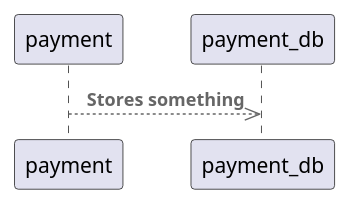
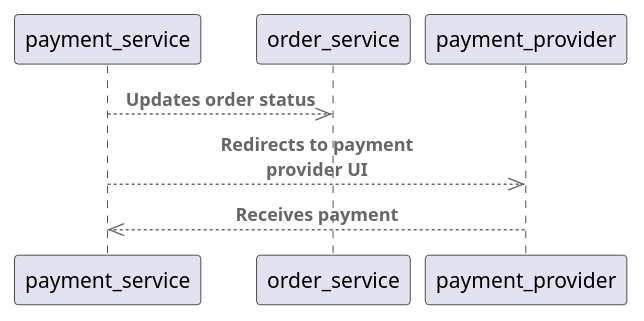
One commit to acme-corp-tech/payment changed the diagram in resources/diagrams/payment_relations.puml. Above: the diagram before and after it, drawn with PlantUML. The commit also changed 1 other file, not shown here.

Commit message:
Update diagrams

```diff
--- a/resources/diagrams/payment_relations.puml
+++ b/resources/diagrams/payment_relations.puml
@@ -1,6 +1,8 @@
 @startuml "payment_relations"
 !include https://raw.githubusercontent.com/plantuml-stdlib/C4-PlantUML/master/C4_Container.puml
 
-Rel(payment, payment_db, "Stores something")
+Rel(payment_service, order_service, "Updates order status")
+Rel(payment_service, payment_provider, "Redirects to payment provider UI")
+Rel(payment_provider, payment_service, "Receives payment")
 
 @enduml
```
